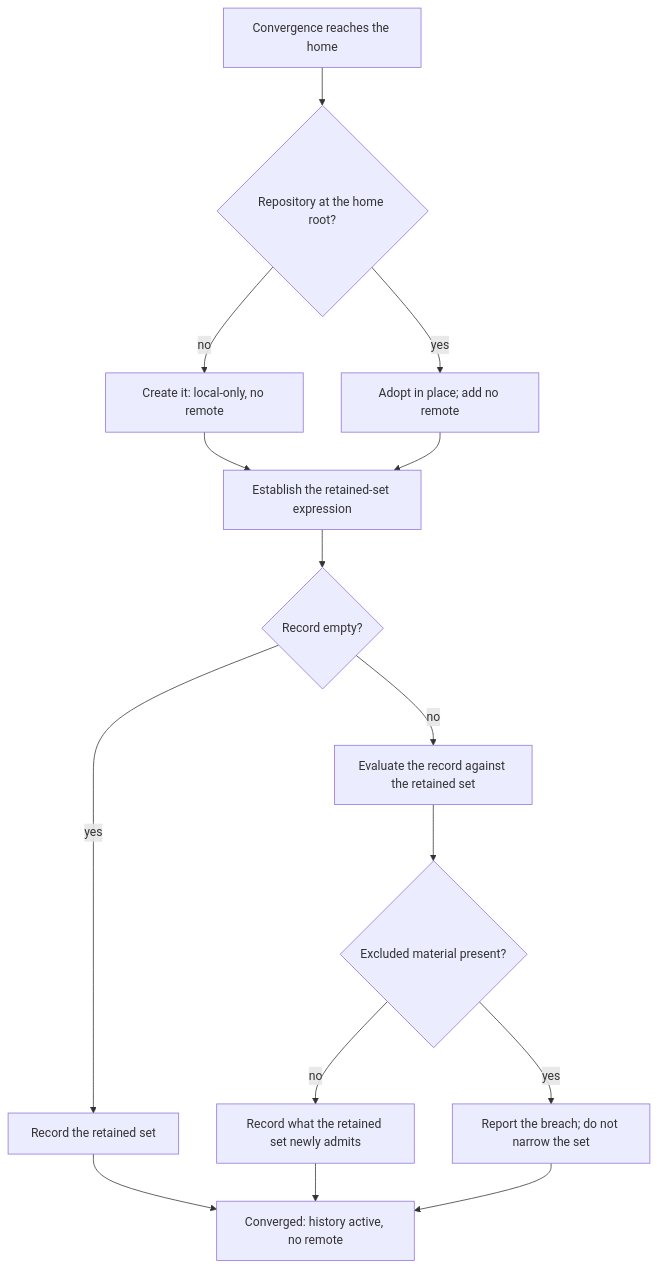
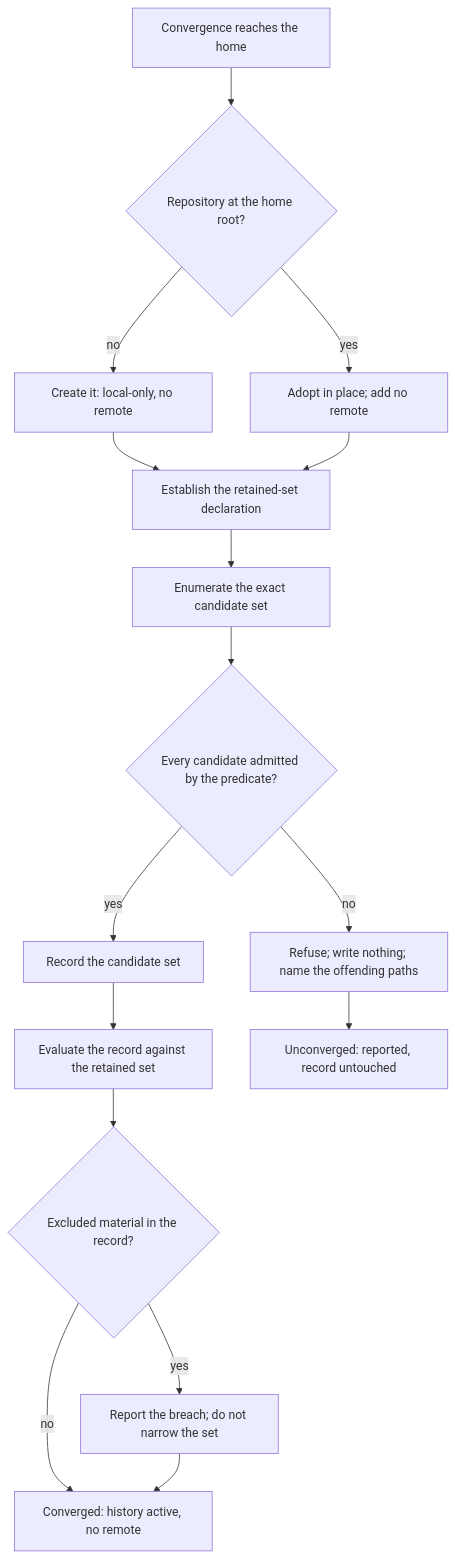
The diagram in docs/project/design/architecture/home-repository.md (InstruktAI/TeleClaude), drawn with Mermaid before and after one commit. The commit also changed other lines of this file, not shown here.

````diff
--- a/docs/project/design/architecture/home-repository.md
+++ b/docs/project/design/architecture/home-repository.md
@@ -118,17 +120,18 @@
 ```mermaid
 flowchart TD
     A[Convergence reaches the home] --> B{Repository at the home root?}
     B -- no --> C[Create it: local-only, no remote]
     B -- yes --> D[Adopt in place; add no remote]
-    C --> E[Establish the retained-set expression]
+    C --> E[Establish the retained-set declaration]
     D --> E
-    E --> F{Record empty?}
-    F -- yes --> G[Record the retained set]
-    F -- no --> H[Evaluate the record against the retained set]
-    H --> I{Excluded material present?}
-    I -- yes --> J[Report the breach; do not narrow the set]
-    I -- no --> K[Record what the retained set newly admits]
-    G --> L[Converged: history active, no remote]
-    K --> L
-    J --> L
+    E --> F[Enumerate the exact candidate set]
+    F --> G{Every candidate admitted by the predicate?}
+    G -- no --> H[Refuse; write nothing; name the offending paths]
+    G -- yes --> I[Record the candidate set]
+    I --> J[Evaluate the record against the retained set]
+    J --> K{Excluded material in the record?}
+    K -- yes --> L[Report the breach; do not narrow the set]
+    K -- no --> M[Converged: history active, no remote]
+    L --> M
+    H --> N[Unconverged: reported, record untouched]
 ```
````
